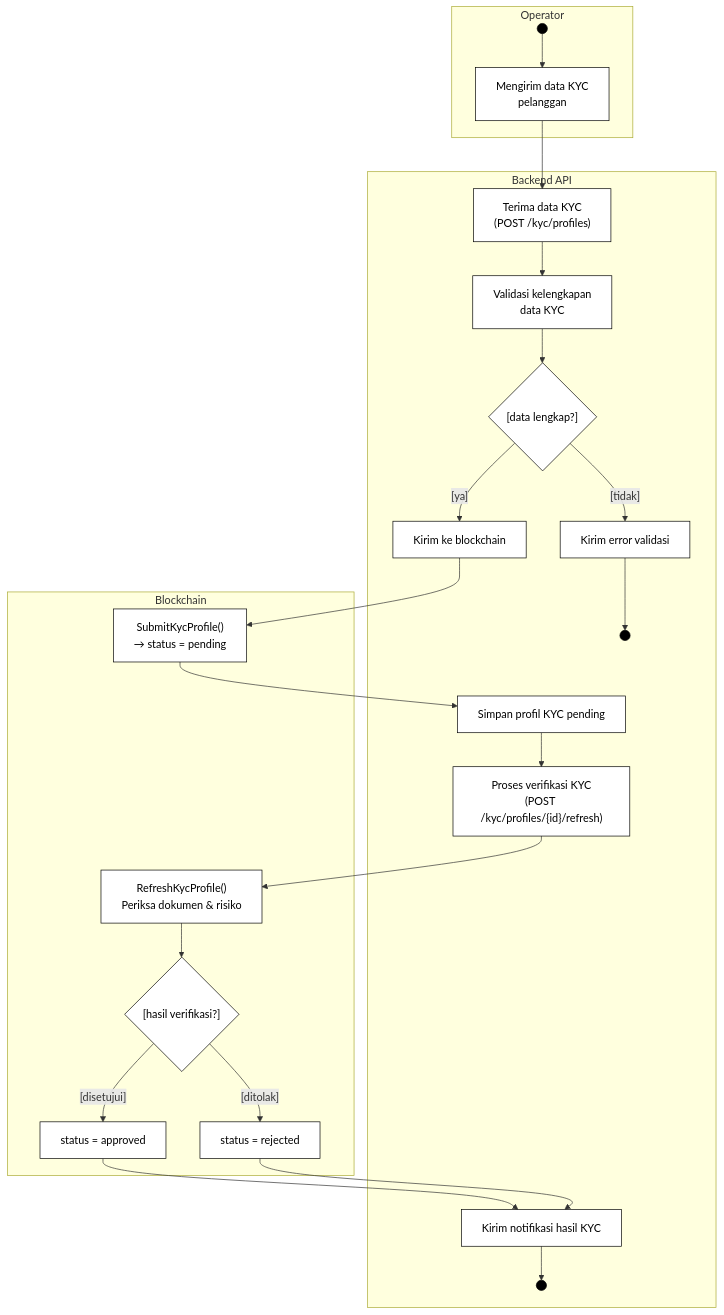
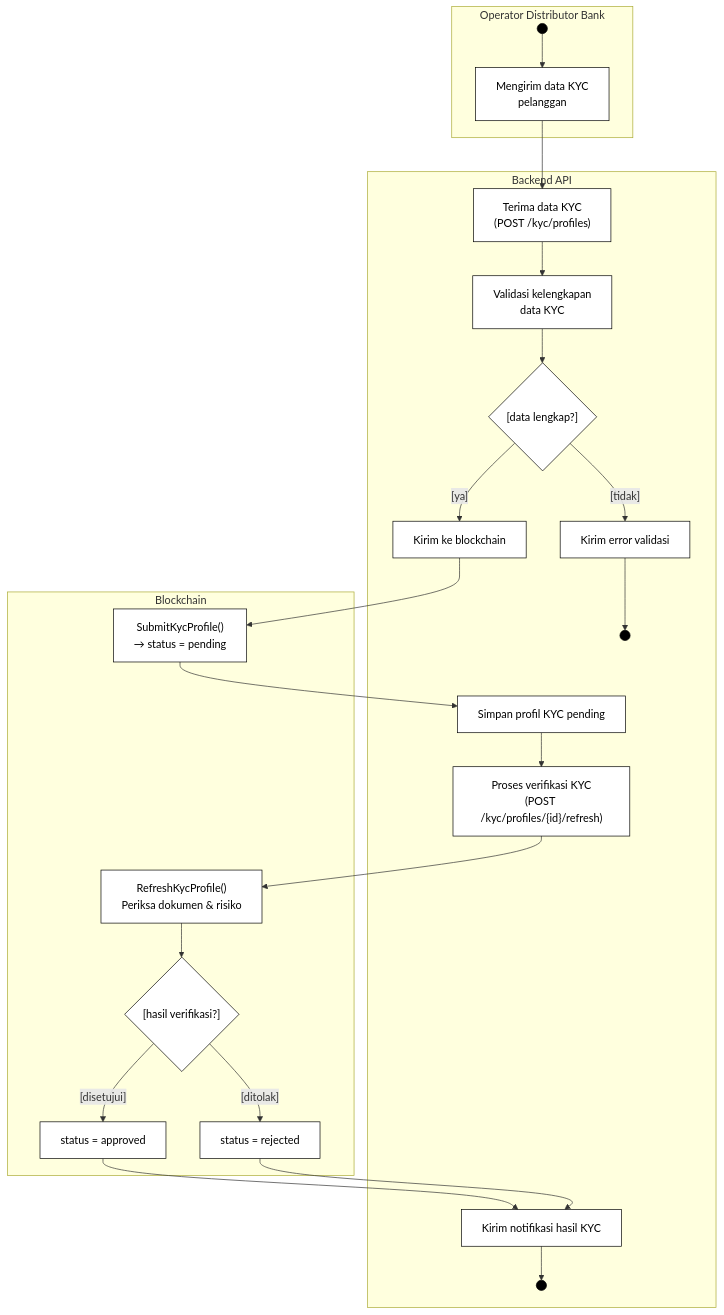
The fourth of 7 diagrams in bi-coin-fabric/docs/diagrams/mermaid/activity-diagrams.md (mfachrizalg/bi-coin), drawn with Mermaid before and after one commit. The commit also changed other lines of this file and 364 other files, not shown here.

````diff
--- a/bi-coin-fabric/docs/diagrams/mermaid/activity-diagrams.md
+++ b/bi-coin-fabric/docs/diagrams/mermaid/activity-diagrams.md
@@ -163,50 +224,50 @@
 ```mermaid
 flowchart TD
   classDef startend fill:#000,stroke:#000,color:#fff
   classDef action fill:#fff,stroke:#000,color:#000
   classDef decision fill:#fff,stroke:#000,color:#000
 
-  subgraph lane_a [Operator]
+  subgraph lane_a [Operator Distributor Bank]
     S4((" ")):::startend
     D1a["Mengirim data KYC<br>pelanggan"]:::action
   end
 
   subgraph lane_b [Backend API]
     D2a["Terima data KYC<br>(POST /kyc/profiles)"]:::action
     D3a["Validasi kelengkapan<br>data KYC"]:::action
     D6a{"[data lengkap?]"}:::decision
     D4a["Kirim error validasi"]:::action
     E4a((" ")):::startend
     D5a["Kirim ke blockchain"]:::action
     D8a["Simpan profil KYC pending"]:::action
     D9a["Proses verifikasi KYC<br>(POST /kyc/profiles/{id}/refresh)"]:::action
     D10["Kirim notifikasi hasil KYC"]:::action
     E4b((" ")):::startend
   end
 
   subgraph lane_c [Blockchain]
     D7a["SubmitKycProfile()<br>→ status = pending"]:::action
     D10a["RefreshKycProfile()<br>Periksa dokumen & risiko"]:::action
     D7{"[hasil verifikasi?]"}:::decision
     D11["status = approved"]:::action
     D12["status = rejected"]:::action
   end
 
   S4 --> D1a
   D1a --> D2a
   D2a --> D3a
   D3a --> D6a
   D6a -->|"[tidak]"| D4a
   D4a --> E4a
   D6a -->|"[ya]"| D5a
   D5a --> D7a
   D7a --> D8a
   D8a --> D9a
   D9a --> D10a
   D10a --> D7
   D7 -->|"[disetujui]"| D11
   D7 -->|"[ditolak]"| D12
   D11 --> D10
   D12 --> D10
   D10 --> E4b
 ```
````
